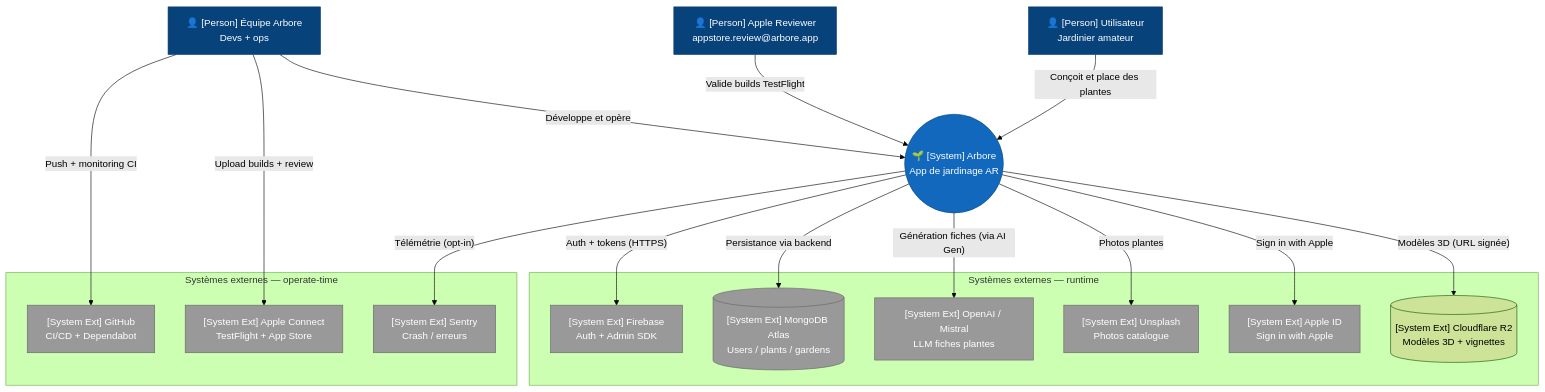
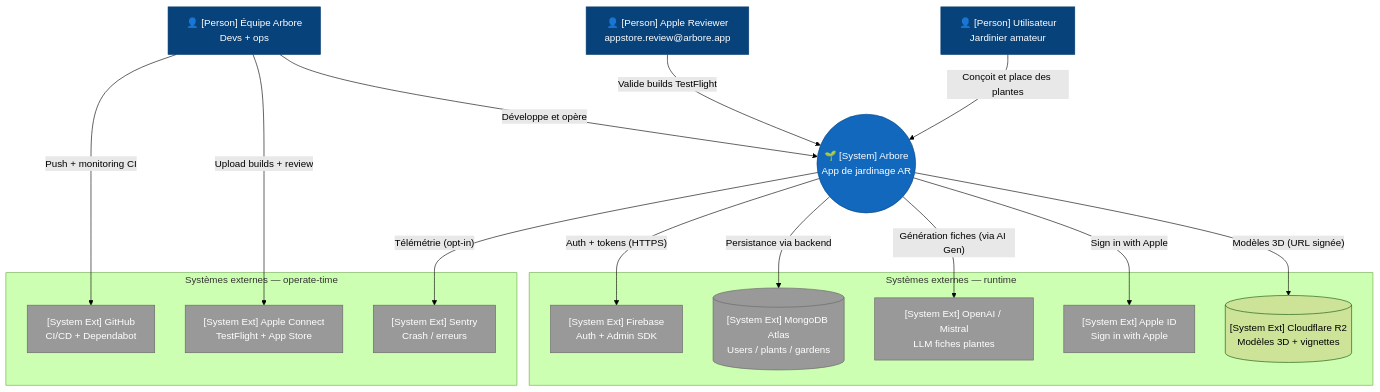
One commit to ArboreTeam/Arbore changed the diagram in docs/fr/architecture/01-context.md. Above: the diagram before and after it, drawn with Mermaid (forest theme). The commit also changed 35 other files, not shown here.

````diff
--- a/docs/fr/architecture/01-context.md
+++ b/docs/fr/architecture/01-context.md
@@ -9,49 +9,47 @@
 ```mermaid
 flowchart TB
     %% Acteurs
     user["👤 [Person] Utilisateur<br/>Jardinier amateur"]
     reviewer["👤 [Person] Apple Reviewer<br/>appstore.review@arbore.app"]
     team["👤 [Person] Équipe Arbore<br/>Devs + ops"]
 
     %% Système central
     arbore(("🌱 [System] Arbore<br/>App de jardinage AR"))
 
     %% Systèmes externes runtime
     subgraph runtime["Systèmes externes — runtime"]
         firebase["[System Ext] Firebase<br/>Auth + Admin SDK"]
         mongo[("[System Ext] MongoDB Atlas<br/>Users / plants / gardens")]
         openai["[System Ext] OpenAI / Mistral<br/>LLM fiches plantes"]
-        unsplash["[System Ext] Unsplash<br/>Photos catalogue"]
         apple_id["[System Ext] Apple ID<br/>Sign in with Apple"]
         r2[("[System Ext] Cloudflare R2<br/>Modèles 3D + vignettes")]
     end
 
     %% Systèmes externes operate-time
     subgraph operate["Systèmes externes — operate-time"]
         github["[System Ext] GitHub<br/>CI/CD + Dependabot"]
         appstore["[System Ext] Apple Connect<br/>TestFlight + App Store"]
         sentry["[System Ext] Sentry<br/>Crash / erreurs"]
     end
 
     user      -- "Conçoit et place des plantes"        --> arbore
     reviewer  -- "Valide builds TestFlight"            --> arbore
     team      -- "Développe et opère"                  --> arbore
 
     arbore    -- "Auth + tokens (HTTPS)"               --> firebase
     arbore    -- "Sign in with Apple"                  --> apple_id
     arbore    -- "Persistance via backend"             --> mongo
     arbore    -- "Génération fiches (via AI Gen)"      --> openai
-    arbore    -- "Photos plantes"                      --> unsplash
     arbore    -- "Modèles 3D (URL signée)"             --> r2
     arbore    -- "Télémétrie (opt-in)"                 --> sentry
 
     team      -- "Push + monitoring CI"                --> github
     team      -- "Upload builds + review"              --> appstore
 
     classDef person fill:#08427B,stroke:#073B6F,color:#fff
     classDef system fill:#1168BD,stroke:#0B4884,color:#fff
     classDef ext    fill:#999,stroke:#666,color:#fff
     class user,reviewer,team person
     class arbore system
-    class firebase,mongo,openai,unsplash,apple_id,github,appstore,sentry ext
+    class firebase,mongo,openai,apple_id,github,appstore,sentry ext
 ```
````
